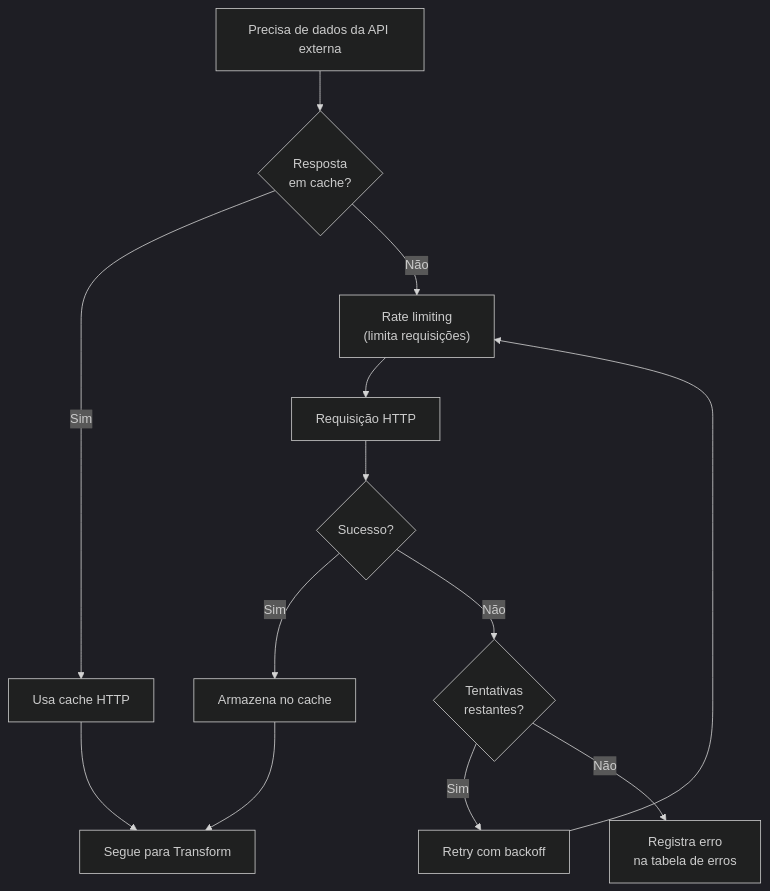
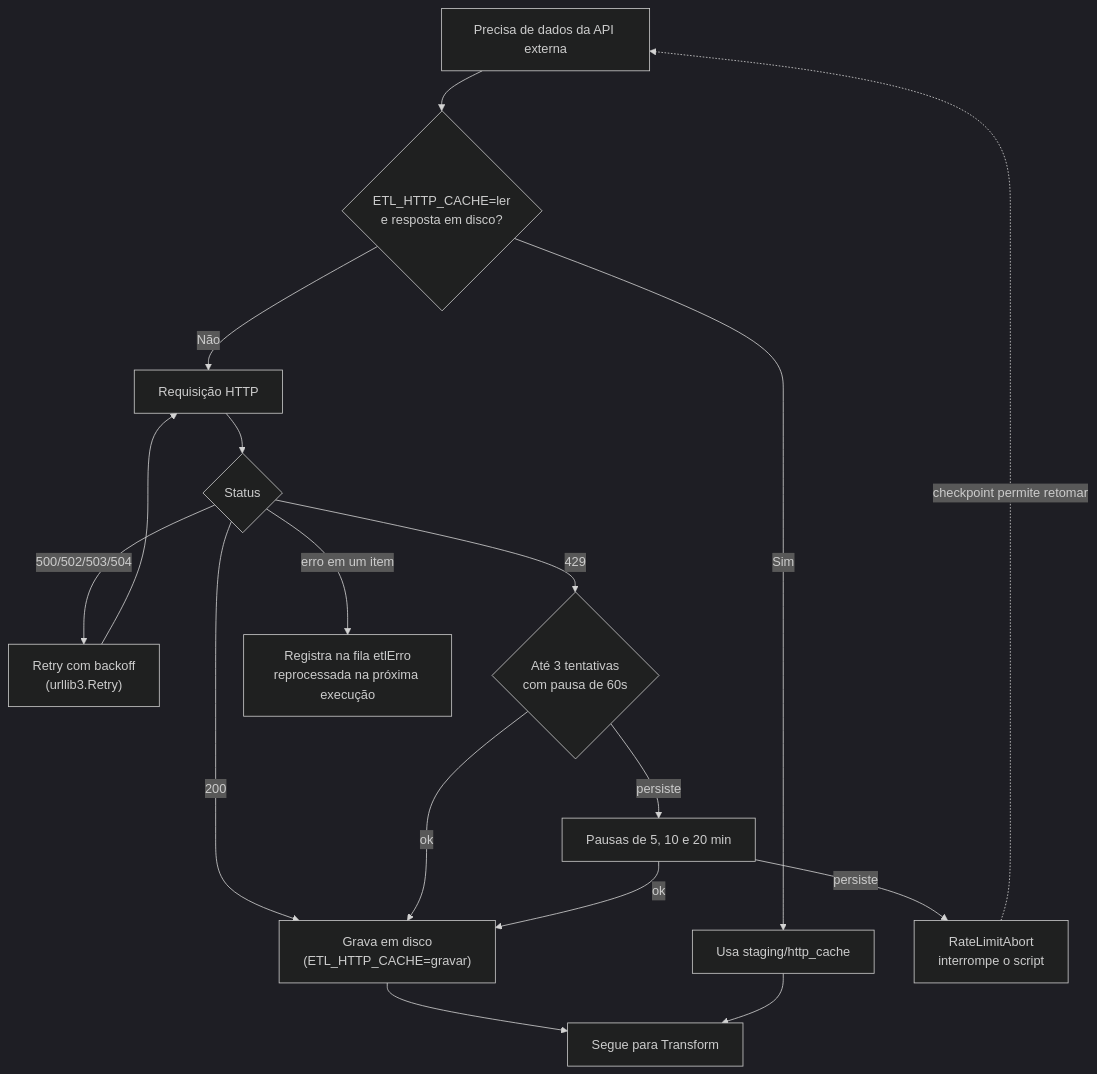
The sixth of 19 diagrams in diagramas.md (Projeto-Voto-Vivo/Documentacao), drawn with Mermaid (dark theme) before and after one commit. The commit also changed other lines of this file, not shown here.

Commit message:
update diagrams

````diff
--- a/diagramas.md
+++ b/diagramas.md
@@ -183,15 +247,19 @@
 ```mermaid
 flowchart TD
-    A["Precisa de dados da API externa"] --> B{"Resposta<br/>em cache?"}
-    B -- Sim --> C["Usa cache HTTP"]
-    B -- Não --> D["Rate limiting<br/>(limita requisições)"]
-    D --> E["Requisição HTTP"]
-    E --> F{"Sucesso?"}
-    F -- Sim --> G["Armazena no cache"]
+    A["Precisa de dados da API externa"] --> B{"ETL_HTTP_CACHE=ler<br/>e resposta em disco?"}
+    B -- Sim --> C["Usa staging/http_cache"]
+    B -- Não --> E["Requisição HTTP"]
+    E --> F{"Status"}
+    F -- "200" --> G["Grava em disco<br/>(ETL_HTTP_CACHE=gravar)"]
     G --> H["Segue para Transform"]
     C --> H
-    F -- Não --> I{"Tentativas<br/>restantes?"}
-    I -- Sim --> J["Retry com backoff"]
-    J --> D
-    I -- Não --> K["Registra erro<br/>na tabela de erros"]
+    F -- "500/502/503/504" --> J["Retry com backoff<br/>(urllib3.Retry)"]
+    J --> E
+    F -- "429" --> K{"Até 3 tentativas<br/>com pausa de 60s"}
+    K -- "ok" --> G
+    K -- "persiste" --> L["Pausas de 5, 10 e 20 min"]
+    L -- "ok" --> G
+    L -- "persiste" --> M["RateLimitAbort<br/>interrompe o script"]
+    M -.->|"checkpoint permite retomar"| A
+    F -- "erro em um item" --> N["Registra na fila etlErro<br/>reprocessada na próxima execução"]
 ```
````
